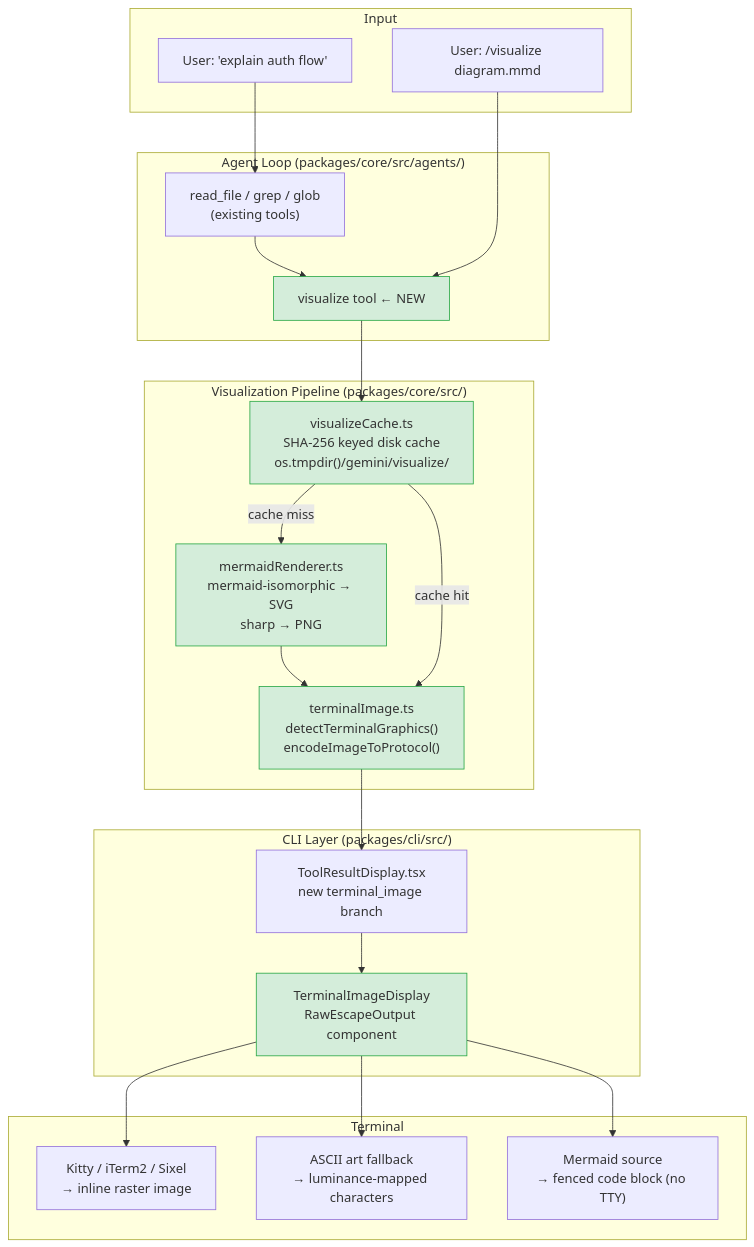
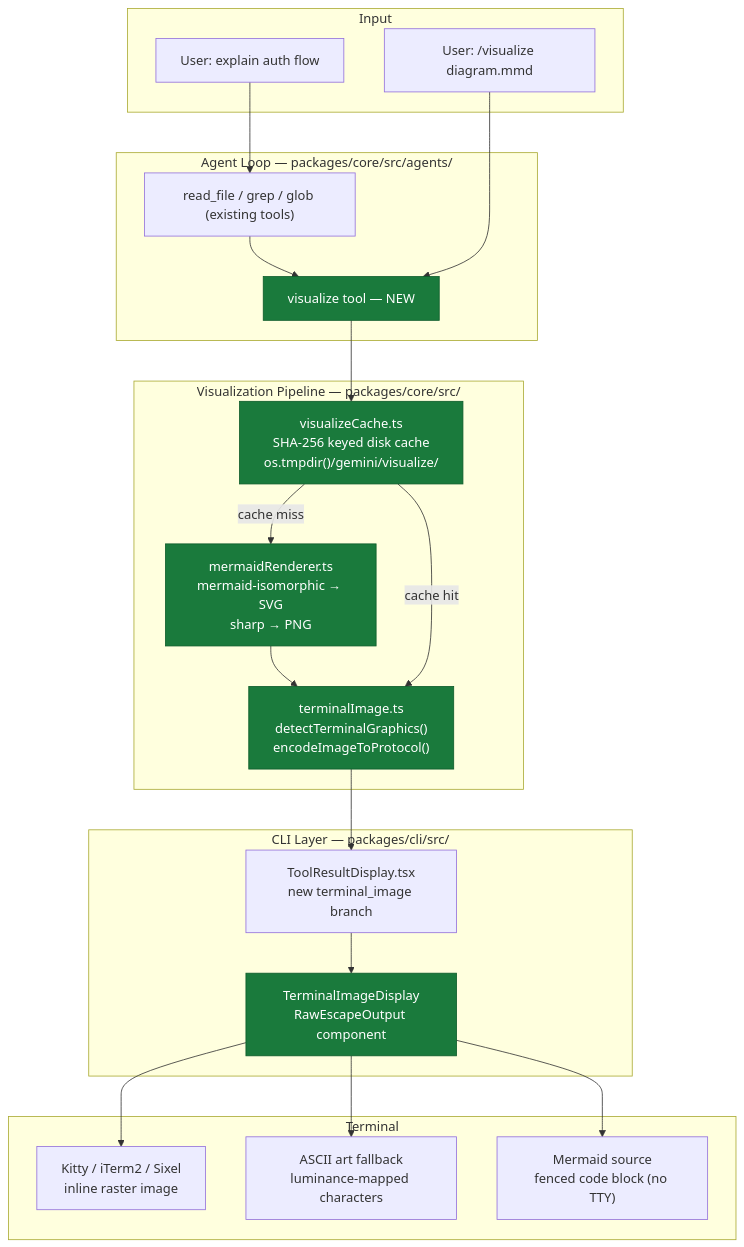
The fifth of 11 diagrams in docs/local/gsoc-proposal-visualization-v2.md (muddlebee/gemini-cli), drawn with Mermaid before and after one commit. The commit also changed other lines of this file, not shown here.

Commit message:
refactor(docs): enhance Mermaid diagrams for clarity and consistency in GSoC proposal

````diff
--- a/docs/local/gsoc-proposal-visualization-v2.md
+++ b/docs/local/gsoc-proposal-visualization-v2.md
@@ -180,46 +180,46 @@
 ```mermaid
 flowchart TD
     subgraph Input
-        U1["User: 'explain auth flow'"]
+        U1["User: explain auth flow"]
         U2["User: /visualize diagram.mmd"]
     end
 
-    subgraph AgentLoop["Agent Loop (packages/core/src/agents/)"]
-        RF["read_file / grep / glob\n(existing tools)"]
-        VT["visualize tool ← NEW"]
+    subgraph AgentLoop["Agent Loop — packages/core/src/agents/"]
+        RF["read_file / grep / glob (existing tools)"]
+        VT["visualize tool — NEW"]
     end
 
-    subgraph VisualizationPipeline["Visualization Pipeline (packages/core/src/)"]
-        CL["visualizeCache.ts\nSHA-256 keyed disk cache\nos.tmpdir()/gemini/visualize/"]
-        MR["mermaidRenderer.ts\nmermaid-isomorphic → SVG\nsharp → PNG"]
-        TI["terminalImage.ts\ndetectTerminalGraphics()\nencodeImageToProtocol()"]
+    subgraph VisualizationPipeline["Visualization Pipeline — packages/core/src/"]
+        CL["visualizeCache.ts<br/>SHA-256 keyed disk cache<br/>os.tmpdir()/gemini/visualize/"]
+        MR["mermaidRenderer.ts<br/>mermaid-isomorphic → SVG<br/>sharp → PNG"]
+        TI["terminalImage.ts<br/>detectTerminalGraphics()<br/>encodeImageToProtocol()"]
     end
 
-    subgraph CLILayer["CLI Layer (packages/cli/src/)"]
-        TRD["ToolResultDisplay.tsx\nnew terminal_image branch"]
-        TID["TerminalImageDisplay\nRawEscapeOutput component"]
+    subgraph CLILayer["CLI Layer — packages/cli/src/"]
+        TRD["ToolResultDisplay.tsx<br/>new terminal_image branch"]
+        TID["TerminalImageDisplay<br/>RawEscapeOutput component"]
     end
 
     subgraph Terminal
-        KT["Kitty / iTerm2 / Sixel\n→ inline raster image"]
-        AA["ASCII art fallback\n→ luminance-mapped characters"]
-        SRC["Mermaid source\n→ fenced code block (no TTY)"]
+        KT["Kitty / iTerm2 / Sixel<br/>inline raster image"]
+        AA["ASCII art fallback<br/>luminance-mapped characters"]
+        SRC["Mermaid source<br/>fenced code block (no TTY)"]
     end
 
     U1 --> RF --> VT
     U2 --> VT
     VT --> CL
     CL -- "cache miss" --> MR
     MR --> TI
     CL -- "cache hit" --> TI
     TI --> TRD --> TID
     TID --> KT
     TID --> AA
     TID --> SRC
 
-    style VT fill:#d4edda,stroke:#28a745
-    style CL fill:#d4edda,stroke:#28a745
-    style MR fill:#d4edda,stroke:#28a745
-    style TI fill:#d4edda,stroke:#28a745
-    style TID fill:#d4edda,stroke:#28a745
+    style VT fill:#1a7a3c,color:#ffffff,stroke:#0d5c2a
+    style CL fill:#1a7a3c,color:#ffffff,stroke:#0d5c2a
+    style MR fill:#1a7a3c,color:#ffffff,stroke:#0d5c2a
+    style TI fill:#1a7a3c,color:#ffffff,stroke:#0d5c2a
+    style TID fill:#1a7a3c,color:#ffffff,stroke:#0d5c2a
 ```
````
